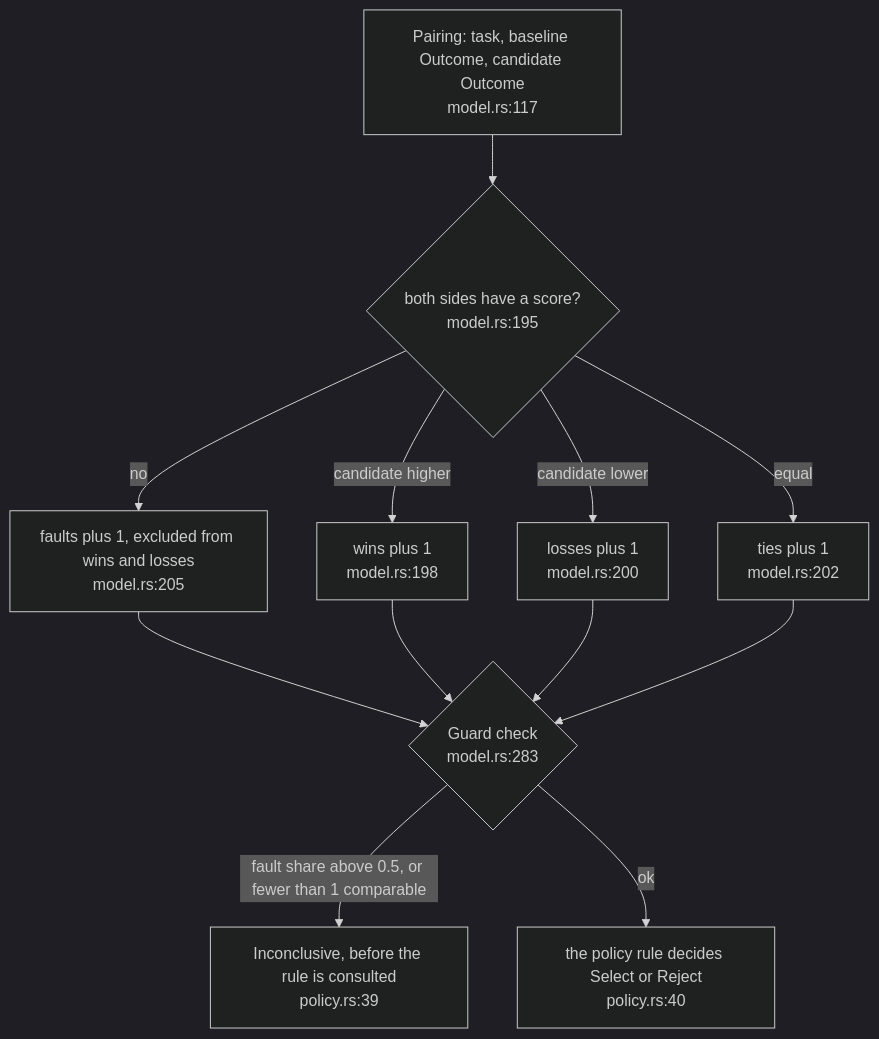
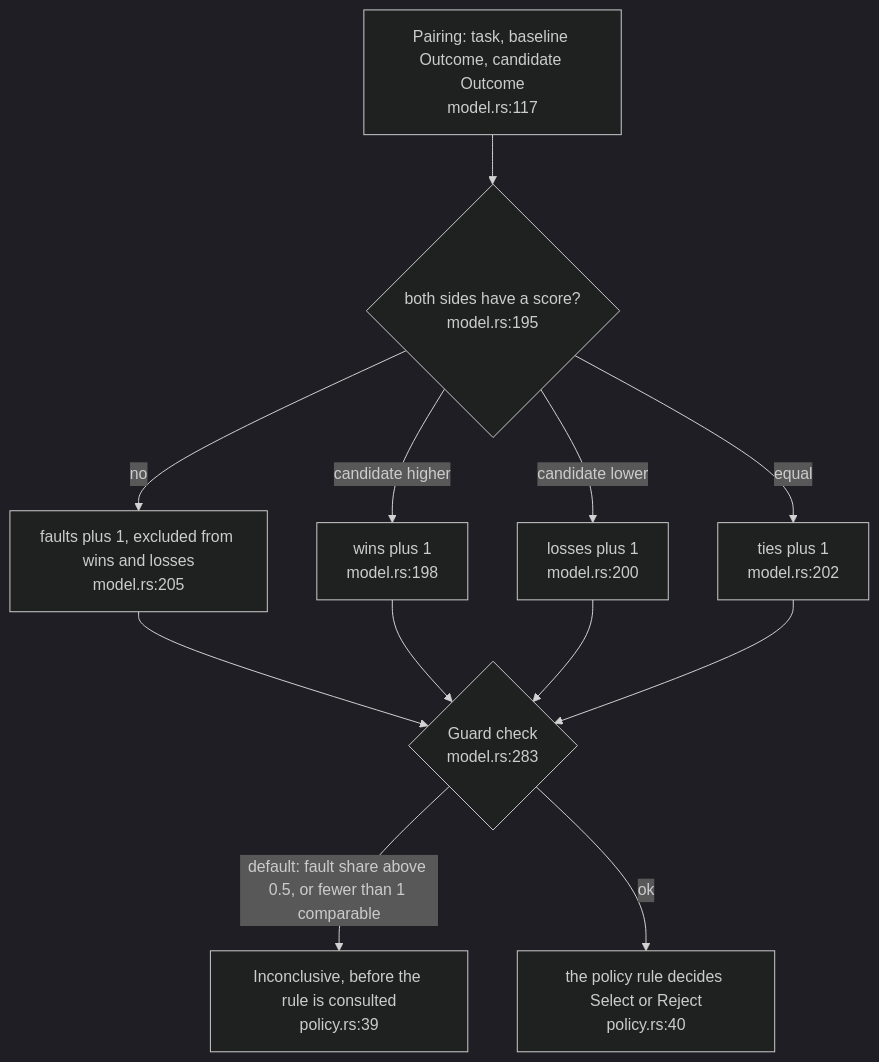
One commit to DreamLab-AI/dream-engine changed the first of 3 diagrams in docs/diagrams/selection/01-pairwise-policies-and-the-fault-mapping.md. Above: the diagram before and after it, drawn with Mermaid (dark theme). The commit also changed other lines of this file and 11 other files, not shown here.

Commit message:
docs: reconcile all dream-engine diagrams with current source contracts

````diff
--- a/docs/diagrams/selection/01-pairwise-policies-and-the-fault-mapping.md
+++ b/docs/diagrams/selection/01-pairwise-policies-and-the-fault-mapping.md
@@ -38,14 +37,14 @@
 ```mermaid
 flowchart TB
     PR["Pairing: task, baseline Outcome, candidate Outcome<br/>model.rs:117"] --> T{"both sides have a score?<br/>model.rs:195"}
     T -->|no| FA["faults plus 1, excluded from wins and losses<br/>model.rs:205"]
     T -->|"candidate higher"| W["wins plus 1<br/>model.rs:198"]
     T -->|"candidate lower"| L["losses plus 1<br/>model.rs:200"]
     T -->|equal| TI["ties plus 1<br/>model.rs:202"]
     FA --> G{"Guard check<br/>model.rs:283"}
     W --> G
     L --> G
     TI --> G
-    G -->|"fault share above 0.5, or fewer than 1 comparable"| INC["Inconclusive, before the rule is consulted<br/>policy.rs:39"]
+    G -->|"default: fault share above 0.5, or fewer than 1 comparable"| INC["Inconclusive, before the rule is consulted<br/>policy.rs:39"]
     G -->|ok| RULE["the policy rule decides Select or Reject<br/>policy.rs:40"]
 ```
````
